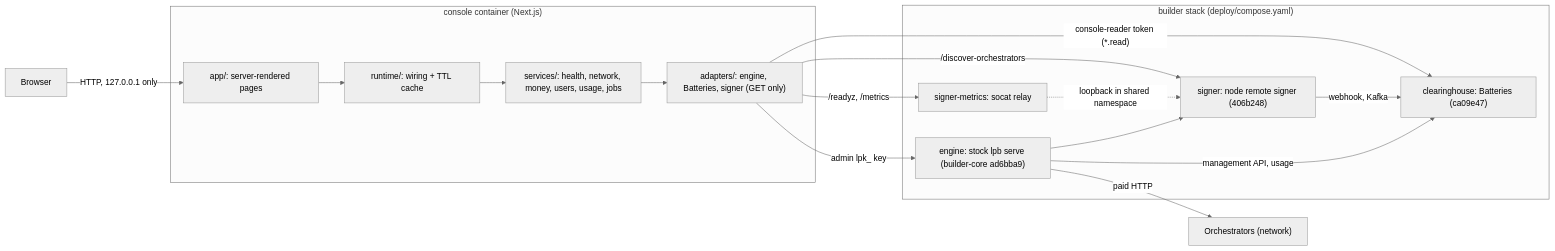
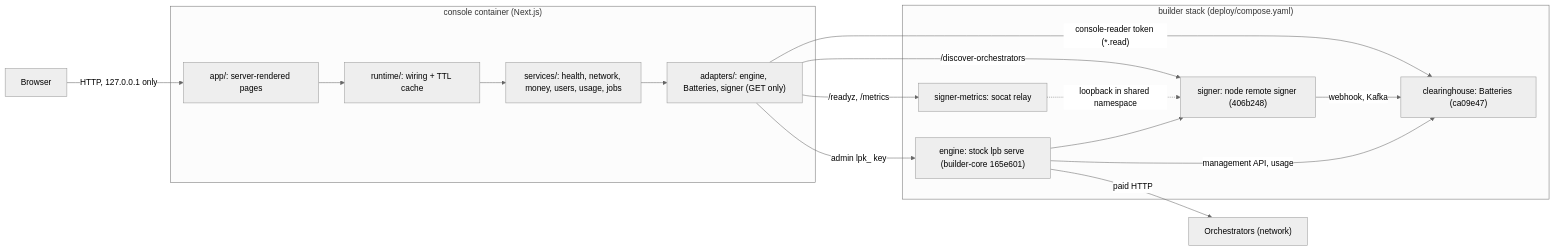
The first of 2 diagrams in ARCHITECTURE.md (NE-Build-Track/builder-core-console), drawn with Mermaid (neutral theme) before and after one commit. The commit also changed 10 other files, not shown here.

First line of the commit message:
Re-pin the engine to builder-core 165e601, the dependency-injection refactor

````diff
--- a/ARCHITECTURE.md
+++ b/ARCHITECTURE.md
@@ -9,25 +9,25 @@
 ```mermaid
 flowchart LR
     Browser["Browser"]
     subgraph Console["console container (Next.js)"]
         Pages["app/: server-rendered pages"]
         RT["runtime/: wiring + TTL cache"]
         SVC["services/: health, network, money, users, usage, jobs"]
         AD["adapters/: engine, Batteries, signer (GET only)"]
     end
     subgraph Stack["builder stack (deploy/compose.yaml)"]
-        Engine["engine: stock lpb serve (builder-core ad6bba9)"]
+        Engine["engine: stock lpb serve (builder-core 165e601)"]
         Bat["clearinghouse: Batteries (ca09e47)"]
         Signer["signer: node remote signer (406b248)"]
         Relay["signer-metrics: socat relay"]
     end
     Orch["Orchestrators (network)"]
     Browser -->|"HTTP, 127.0.0.1 only"| Pages --> RT --> SVC --> AD
     AD -->|"admin lpk_ key"| Engine
     AD -->|"console-reader token (*.read)"| Bat
     AD -->|"/discover-orchestrators"| Signer
     AD -->|"/readyz, /metrics"| Relay -.->|"loopback in shared namespace"| Signer
     Engine --> Signer -->|"webhook, Kafka"| Bat
     Engine -->|"paid HTTP"| Orch
     Engine -->|"management API, usage"| Bat
 ```
````
